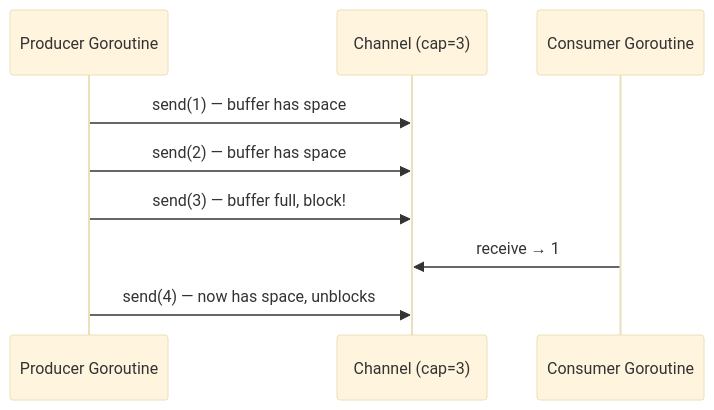
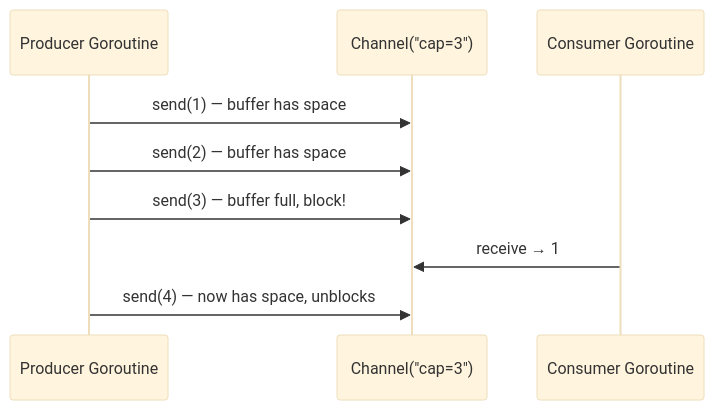
Before and after one commit to pploc/swe-icon-the-moment: the diagram in content/questions/fundamentals/go-channels.md, drawn with Mermaid (base theme). The commit also changed 167 other files, not shown here.

````diff
--- a/content/questions/fundamentals/go-channels.md
+++ b/content/questions/fundamentals/go-channels.md
@@ -30,11 +30,12 @@
 ```mermaid
 sequenceDiagram
     participant P as Producer Goroutine
-    participant C as Channel (cap=3)
+    participant C as Channel("cap=3")
     participant Q as Consumer Goroutine
     P->>C: send(1) — buffer has space
     P->>C: send(2) — buffer has space
     P->>C: send(3) — buffer full, block!
     Q->>C: receive → 1
     P->>C: send(4) — now has space, unblocks
+
 ```
````
